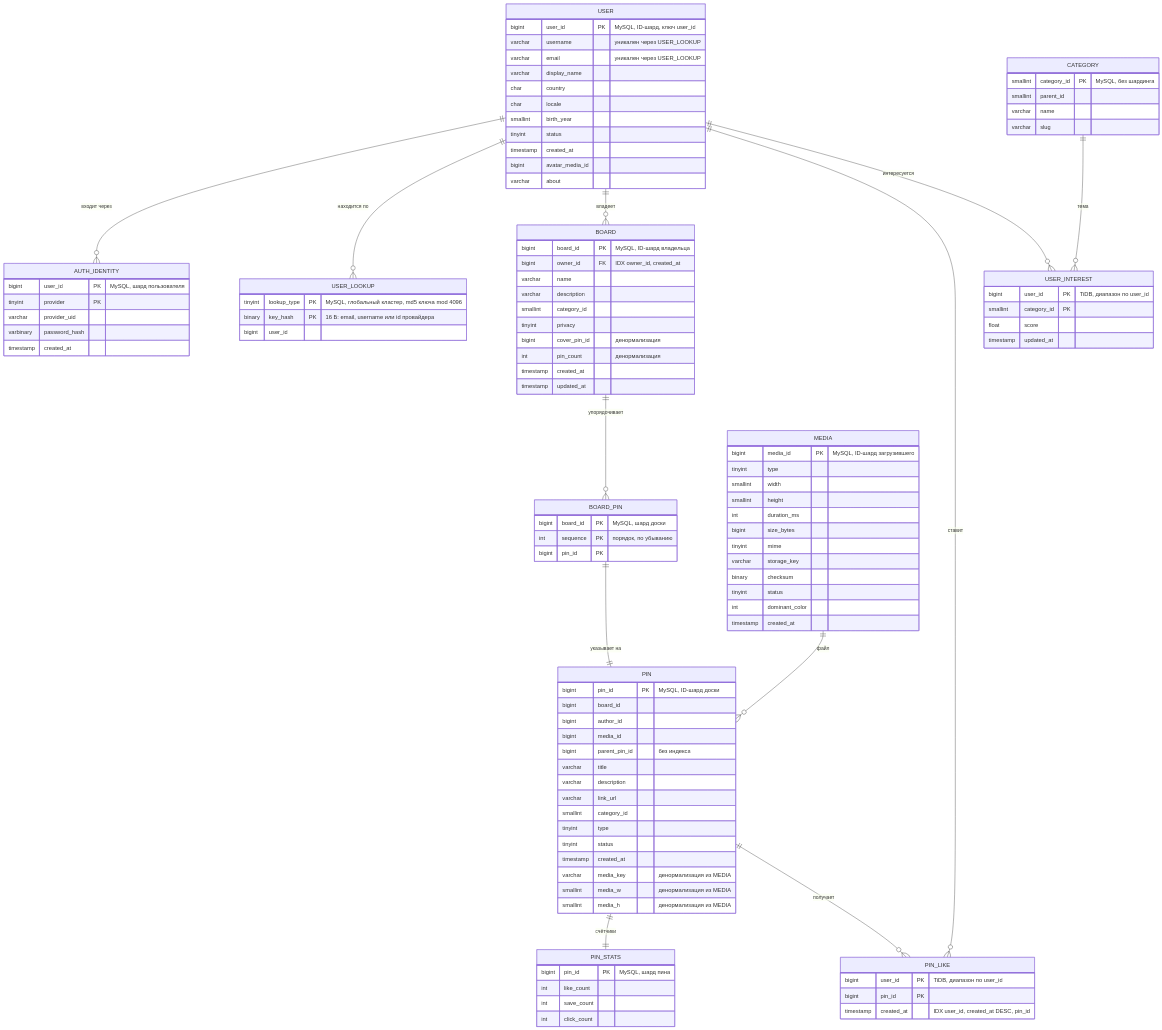
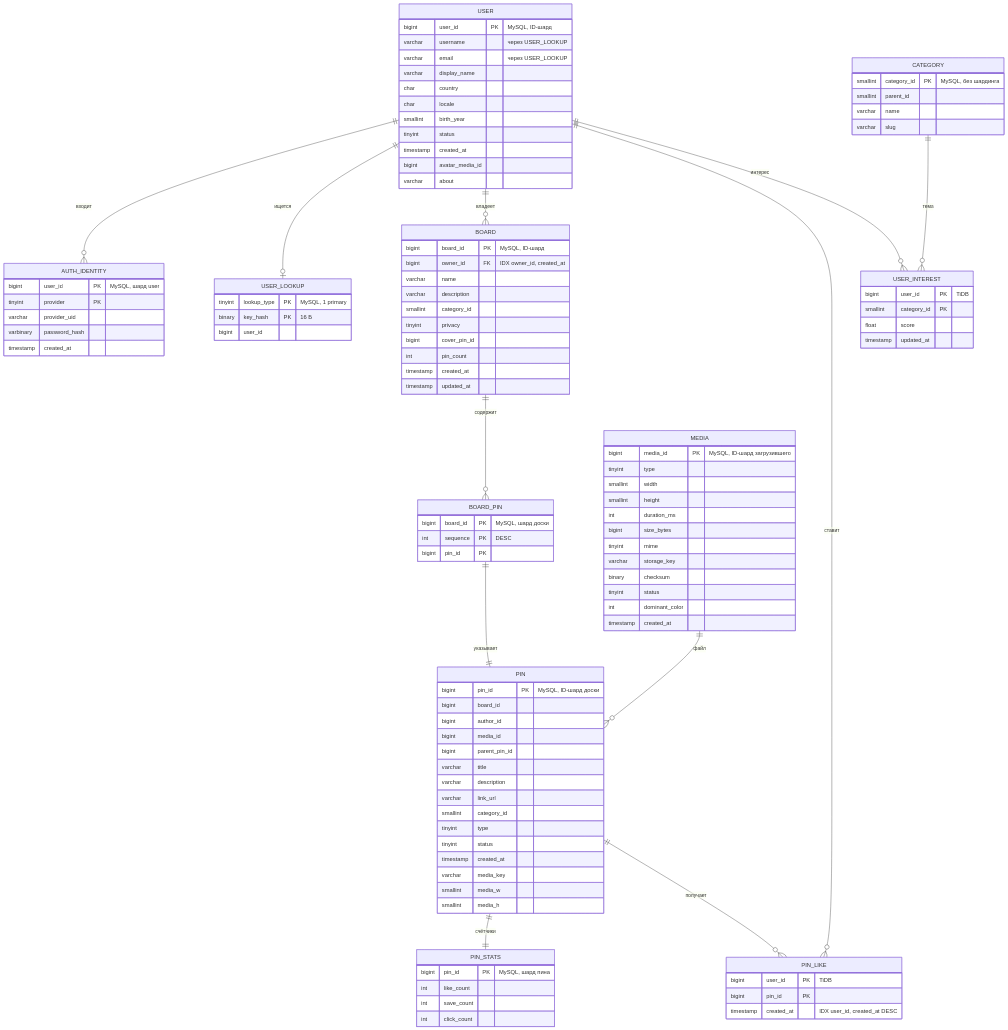
One commit to TOOSTEER/Highload_TechnoPark changed the sixth of 7 diagrams in README.md. Above: the diagram before and after it, drawn with Mermaid. The commit also changed other lines of this file, not shown here.

````diff
--- a/README.md
+++ b/README.md
@@ -766,21 +695,21 @@
 ```mermaid
 erDiagram
-    USER ||--o{ AUTH_IDENTITY : "входит через"
-    USER ||--o{ USER_LOOKUP : "находится по"
+    USER ||--o{ AUTH_IDENTITY : "входит"
+    USER ||--o| USER_LOOKUP : "ищется"
     USER ||--o{ BOARD : "владеет"
-    BOARD ||--o{ BOARD_PIN : "упорядочивает"
-    BOARD_PIN ||--|| PIN : "указывает на"
+    BOARD ||--o{ BOARD_PIN : "содержит"
+    BOARD_PIN ||--|| PIN : "указывает"
     MEDIA ||--o{ PIN : "файл"
     PIN ||--|| PIN_STATS : "счётчики"
     USER ||--o{ PIN_LIKE : "ставит"
     PIN ||--o{ PIN_LIKE : "получает"
-    USER ||--o{ USER_INTEREST : "интересуется"
+    USER ||--o{ USER_INTEREST : "интерес"
     CATEGORY ||--o{ USER_INTEREST : "тема"
 
     USER {
-        bigint user_id PK "MySQL, ID-шард, ключ user_id"
-        varchar username "уникален через USER_LOOKUP"
-        varchar email "уникален через USER_LOOKUP"
+        bigint user_id PK "MySQL, ID-шард"
+        varchar username "через USER_LOOKUP"
+        varchar email "через USER_LOOKUP"
         varchar display_name
         char country
         char locale
@@ -791,32 +720,32 @@
         varchar about
     }
     AUTH_IDENTITY {
-        bigint user_id PK "MySQL, шард пользователя"
+        bigint user_id PK "MySQL, шард user"
         tinyint provider PK
         varchar provider_uid
         varbinary password_hash
         timestamp created_at
     }
     USER_LOOKUP {
-        tinyint lookup_type PK "MySQL, глобальный кластер, md5 ключа mod 4096"
-        binary key_hash PK "16 Б: email, username или id провайдера"
+        tinyint lookup_type PK "MySQL, 1 primary"
+        binary key_hash PK "16 Б"
         bigint user_id
     }
     BOARD {
-        bigint board_id PK "MySQL, ID-шард владельца"
+        bigint board_id PK "MySQL, ID-шард"
         bigint owner_id FK "IDX owner_id, created_at"
         varchar name
         varchar description
         smallint category_id
         tinyint privacy
-        bigint cover_pin_id "денормализация"
-        int pin_count "денормализация"
+        bigint cover_pin_id
+        int pin_count
         timestamp created_at
         timestamp updated_at
     }
     BOARD_PIN {
         bigint board_id PK "MySQL, шард доски"
-        int sequence PK "порядок, по убыванию"
+        int sequence PK "DESC"
         bigint pin_id PK
     }
     PIN {
@@ -824,7 +753,7 @@
         bigint board_id
         bigint author_id
         bigint media_id
-        bigint parent_pin_id "без индекса"
+        bigint parent_pin_id
         varchar title
         varchar description
         varchar link_url
@@ -832,9 +761,9 @@
         tinyint type
         tinyint status
         timestamp created_at
-        varchar media_key "денормализация из MEDIA"
-        smallint media_w "денормализация из MEDIA"
-        smallint media_h "денормализация из MEDIA"
+        varchar media_key
+        smallint media_w
+        smallint media_h
     }
     MEDIA {
         bigint media_id PK "MySQL, ID-шард загрузившего"
@@ -857,12 +786,12 @@
         int click_count
     }
     PIN_LIKE {
-        bigint user_id PK "TiDB, диапазон по user_id"
+        bigint user_id PK "TiDB"
         bigint pin_id PK
-        timestamp created_at "IDX user_id, created_at DESC, pin_id"
+        timestamp created_at "IDX user_id, created_at DESC"
     }
     USER_INTEREST {
-        bigint user_id PK "TiDB, диапазон по user_id"
+        bigint user_id PK "TiDB"
         smallint category_id PK
         float score
         timestamp updated_at
````
